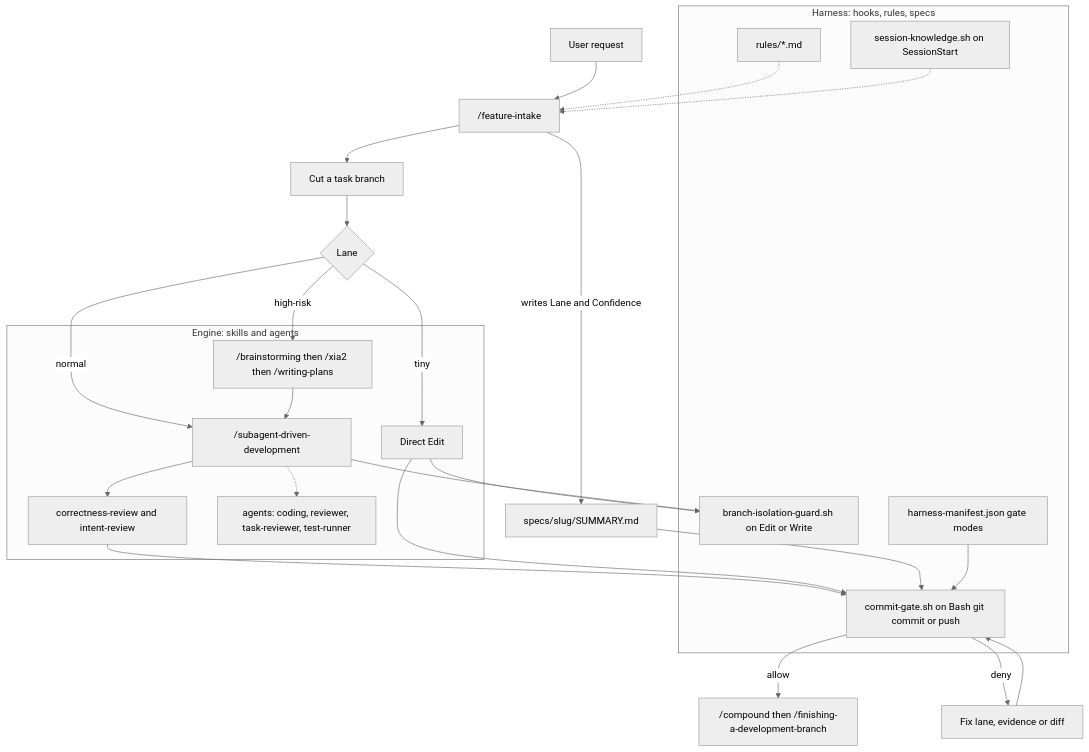
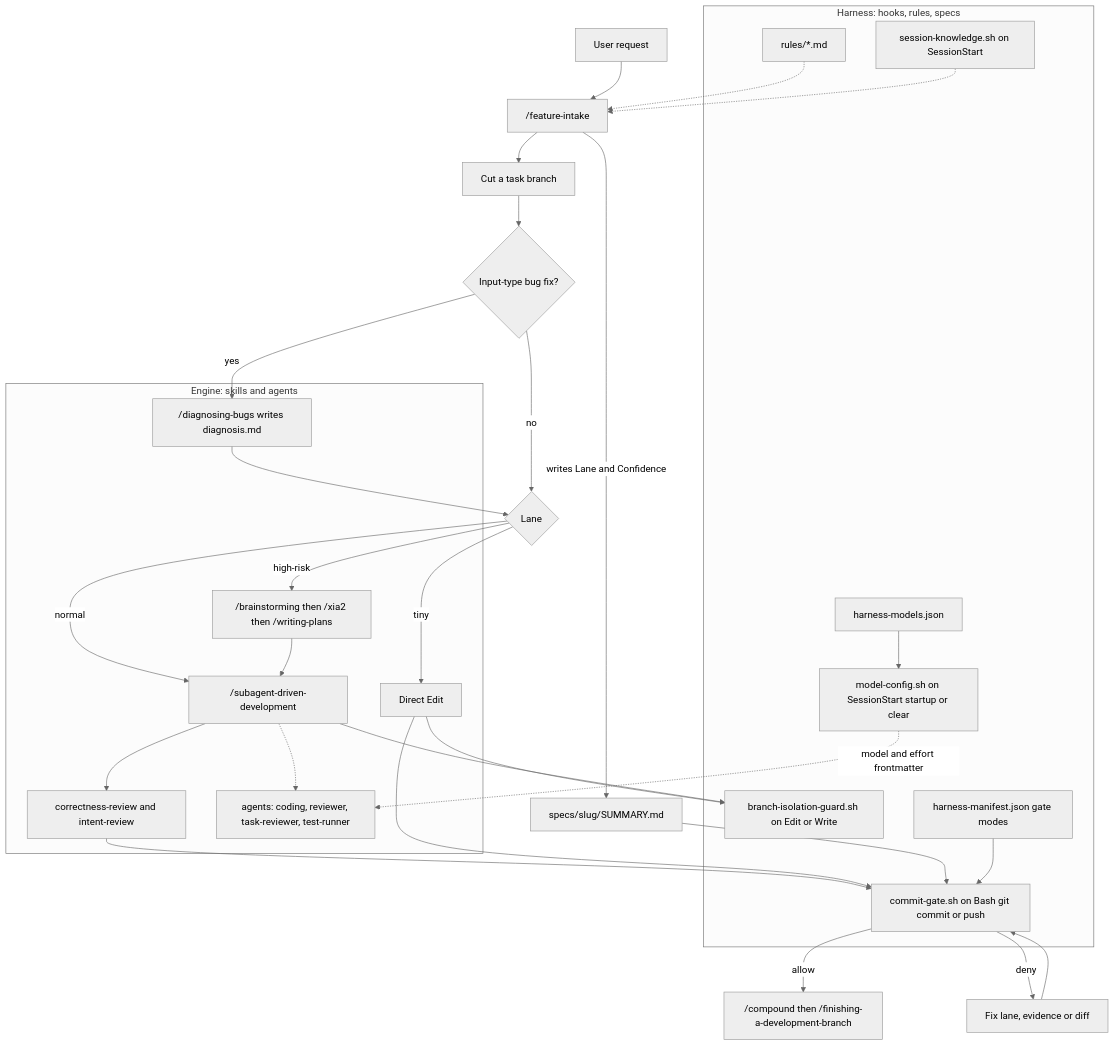
Before and after one commit to minhtran3124/agent-harness: the first of 2 diagrams in openwiki/architecture/overview.md, drawn with Mermaid (neutral theme). The commit also changed other lines of this file and 52 other files, not shown here.

````diff
--- a/openwiki/architecture/overview.md
+++ b/openwiki/architecture/overview.md
@@ -71,41 +83,49 @@
 ```mermaid
 flowchart TD
     REQ[User request] --> INTAKE["/feature-intake"]
     INTAKE -->|writes Lane and Confidence| SUM["specs/slug/SUMMARY.md"]
     INTAKE --> BRANCH[Cut a task branch]
-    BRANCH --> LANE{Lane}
+    BRANCH --> BUGQ{"Input-type bug fix?"}
+    BUGQ -->|yes| DIAG["/diagnosing-bugs writes diagnosis.md"]
+    BUGQ -->|no| LANE{Lane}
+    DIAG --> LANE
     LANE -->|tiny| EDIT[Direct Edit]
     LANE -->|normal| SDD["/subagent-driven-development"]
     LANE -->|high-risk| CHAIN["/brainstorming then /xia2 then /writing-plans"]
     CHAIN --> SDD
     SDD --> REVIEWS["correctness-review and intent-review"]
 
     subgraph ENGINE [Engine: skills and agents]
+        DIAG
         EDIT
         CHAIN
         SDD
         REVIEWS
         AGENTS["agents: coding, reviewer, task-reviewer, test-runner"]
     end
     SDD -.-> AGENTS
 
     subgraph HARNESS [Harness: hooks, rules, specs]
         BIG["branch-isolation-guard.sh on Edit or Write"]
         CG["commit-gate.sh on Bash git commit or push"]
         SK["session-knowledge.sh on SessionStart"]
+        MC["model-config.sh on SessionStart startup or clear"]
         RULES["rules/*.md"]
         MANIFEST["harness-manifest.json gate modes"]
+        MODELS["harness-models.json"]
     end
 
     EDIT --> BIG
     SDD --> BIG
     REVIEWS --> CG
     EDIT --> CG
     SUM --> CG
     MANIFEST --> CG
     CG -->|allow| SHIP["/compound then /finishing-a-development-branch"]
     CG -->|deny| FIX[Fix lane, evidence or diff]
     FIX --> CG
     RULES -.-> INTAKE
     SK -.-> INTAKE
+    MODELS --> MC
+    MC -.->|model and effort frontmatter| AGENTS
 ```
````
